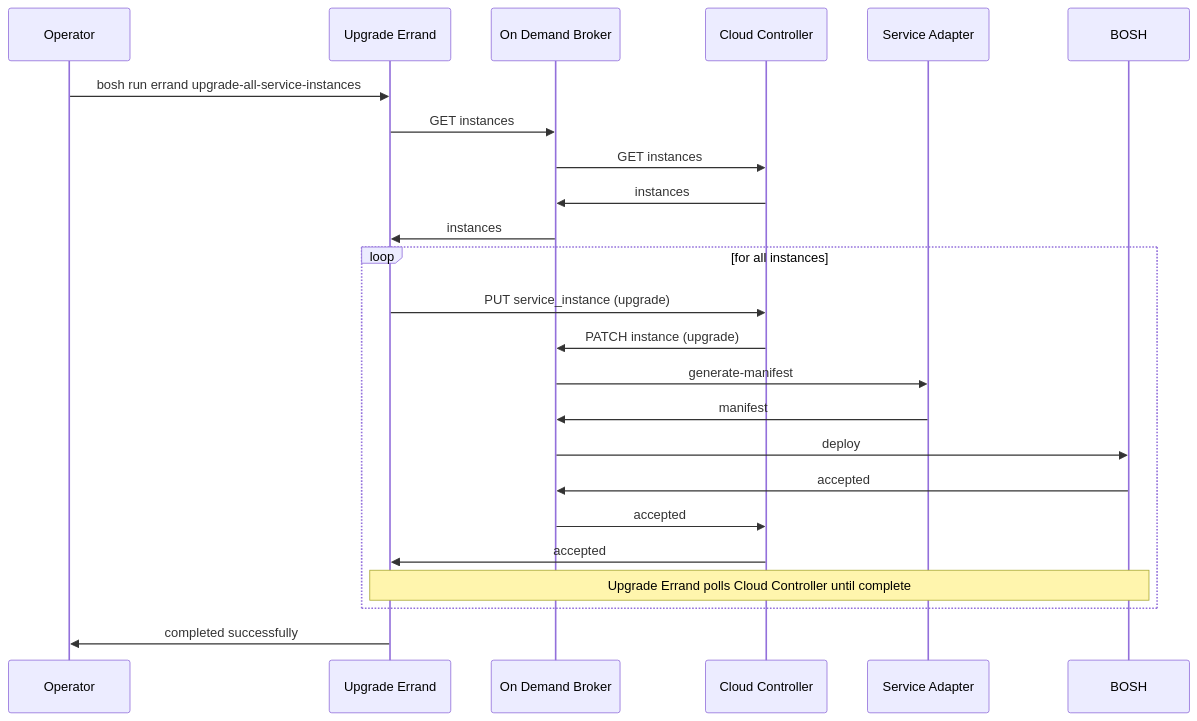
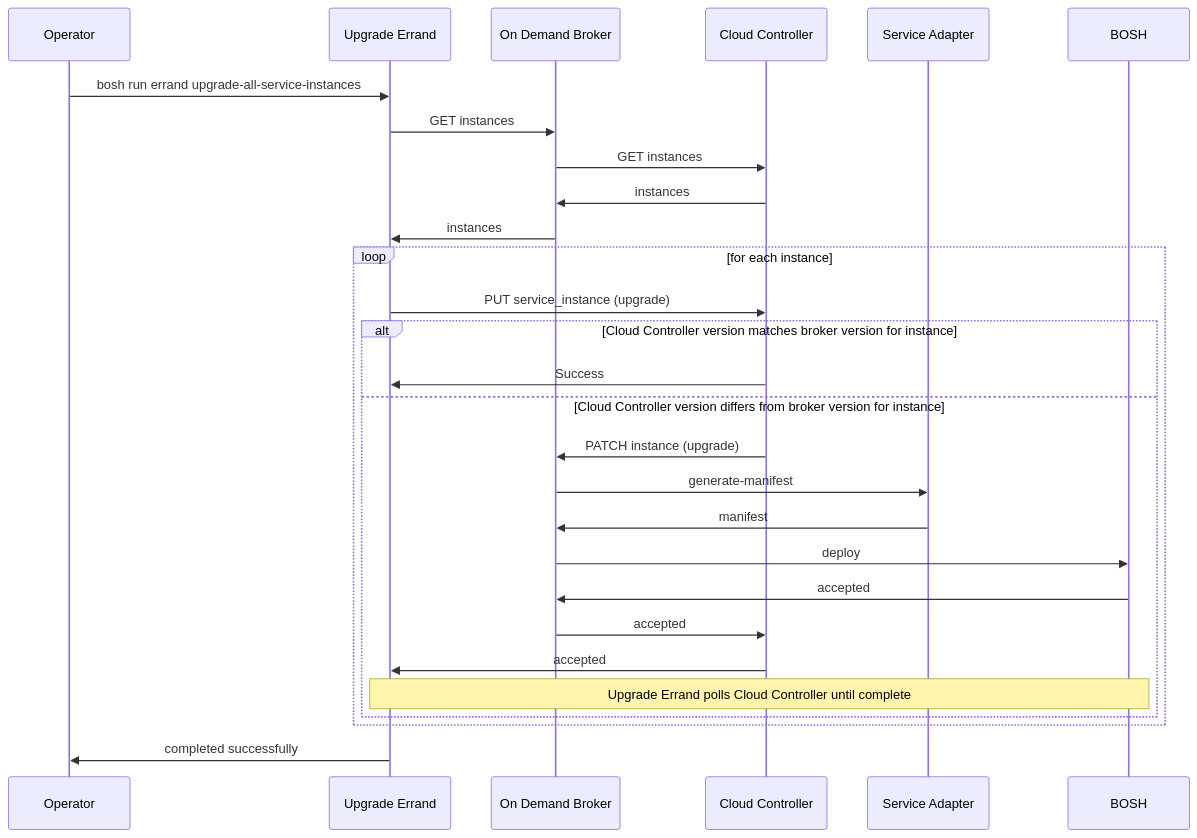
Before and after one commit to pivotal-cf/docs-on-demand-service-broker: the diagram in mmd/upgrade_all_instances_with_maintenance_info_workflow.mmd, drawn with Mermaid. The commit also changed 1 other file, not shown here.

Commit message:
Update maintenance_info docs
[#168402620]

```diff
--- a/mmd/upgrade_all_instances_with_maintenance_info_workflow.mmd
+++ b/mmd/upgrade_all_instances_with_maintenance_info_workflow.mmd
@@ -1,20 +1,24 @@
 <div class="mermaid">
 sequenceDiagram
   Operator->>Upgrade Errand:bosh run errand upgrade-all-service-instances
   Upgrade Errand->>On Demand Broker:GET instances
   On Demand Broker->>Cloud Controller:GET instances
   Cloud Controller->>On Demand Broker:instances
   On Demand Broker->>Upgrade Errand:instances
-  loop for all instances
+  loop for each instance
     Upgrade Errand->>Cloud Controller: PUT service_instance (upgrade)
-    Cloud Controller->>On Demand Broker: PATCH instance (upgrade)
-    On Demand Broker->>Service Adapter: generate-manifest
-    Service Adapter->>On Demand Broker: manifest
-    On Demand Broker->>BOSH: deploy
-    BOSH->>On Demand Broker: accepted
-    On Demand Broker->>Cloud Controller: accepted
-    Cloud Controller->>Upgrade Errand: accepted
-    Note over Upgrade Errand,BOSH: Upgrade Errand polls Cloud Controller until complete
+    alt Cloud Controller version matches broker version for instance
+      Cloud Controller->>Upgrade Errand: Success
+    else Cloud Controller version differs from broker version for instance
+      Cloud Controller->>On Demand Broker: PATCH instance (upgrade)
+      On Demand Broker->>Service Adapter: generate-manifest
+      Service Adapter->>On Demand Broker: manifest
+      On Demand Broker->>BOSH: deploy
+      BOSH->>On Demand Broker: accepted
+      On Demand Broker->>Cloud Controller: accepted
+      Cloud Controller->>Upgrade Errand: accepted
+      Note over Upgrade Errand,BOSH: Upgrade Errand polls Cloud Controller until complete
+    end
   end
   Upgrade Errand->>Operator:completed successfully
 </div>
```
